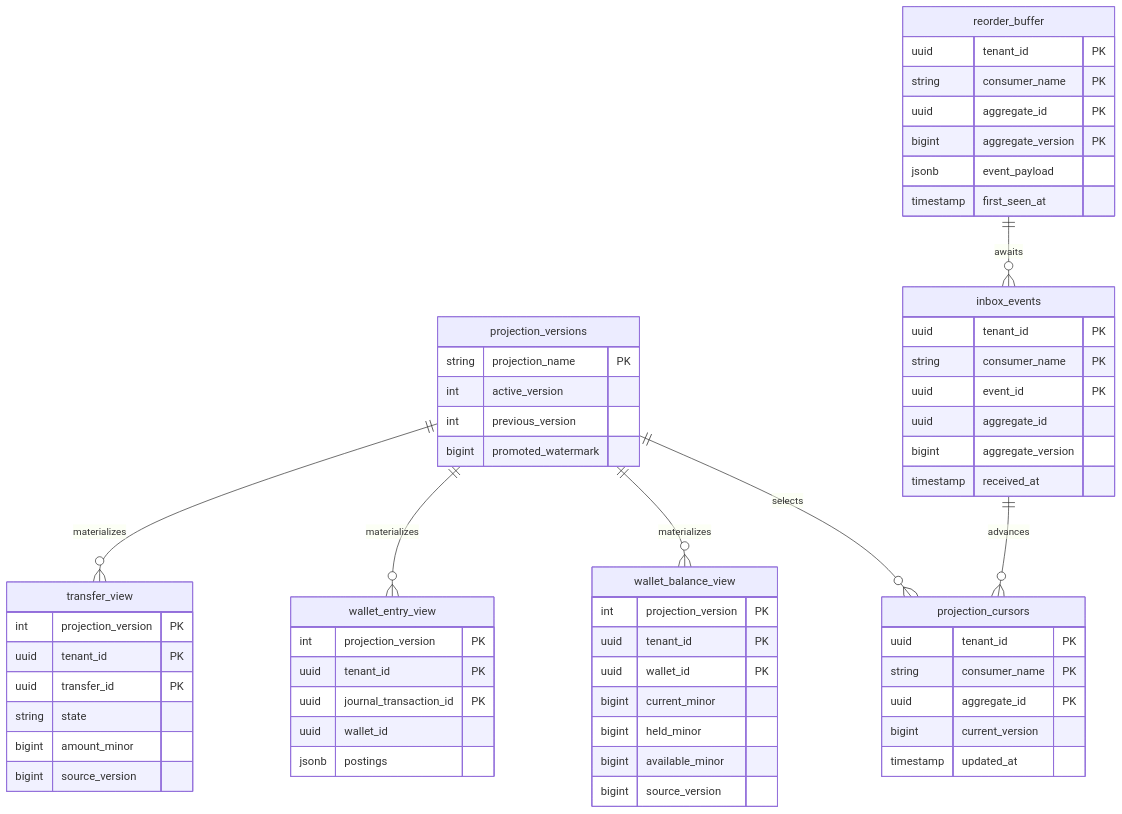
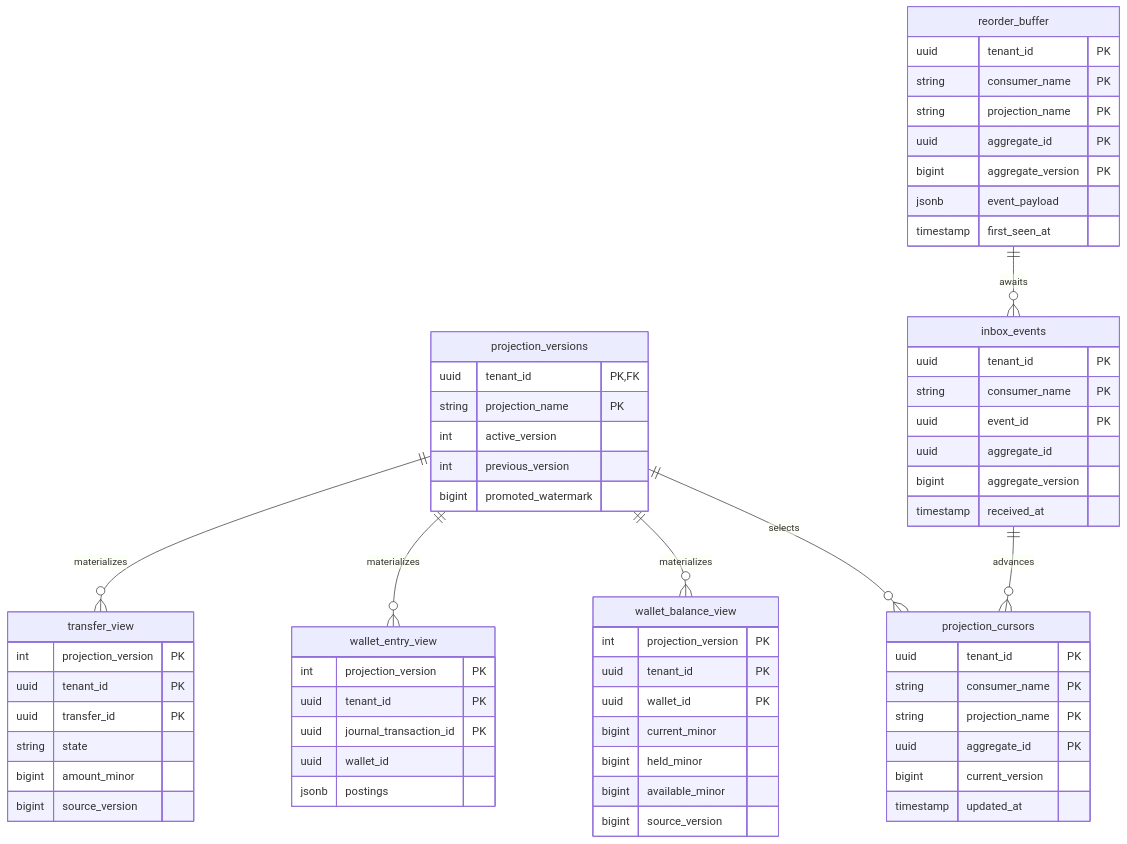
One commit to prajexec/Wallet changed the third of 3 diagrams in docs/data-model.md. Above: the diagram before and after it, drawn with Mermaid. The commit also changed other lines of this file and 7 other files, not shown here.

````diff
--- a/docs/data-model.md
+++ b/docs/data-model.md
@@ -150,63 +155,66 @@
 ```mermaid
 erDiagram
     projection_versions ||--o{ projection_cursors : selects
     projection_versions ||--o{ wallet_balance_view : materializes
     projection_versions ||--o{ wallet_entry_view : materializes
     projection_versions ||--o{ transfer_view : materializes
     inbox_events ||--o{ projection_cursors : advances
     reorder_buffer ||--o{ inbox_events : awaits
 
     projection_versions {
+        uuid tenant_id PK,FK
         string projection_name PK
         int active_version
         int previous_version
         bigint promoted_watermark
     }
     projection_cursors {
         uuid tenant_id PK
         string consumer_name PK
+        string projection_name PK
         uuid aggregate_id PK
         bigint current_version
         timestamp updated_at
     }
     inbox_events {
         uuid tenant_id PK
         string consumer_name PK
         uuid event_id PK
         uuid aggregate_id
         bigint aggregate_version
         timestamp received_at
     }
     reorder_buffer {
         uuid tenant_id PK
         string consumer_name PK
+        string projection_name PK
         uuid aggregate_id PK
         bigint aggregate_version PK
         jsonb event_payload
         timestamp first_seen_at
     }
     wallet_balance_view {
         int projection_version PK
         uuid tenant_id PK
         uuid wallet_id PK
         bigint current_minor
         bigint held_minor
         bigint available_minor
         bigint source_version
     }
     wallet_entry_view {
         int projection_version PK
         uuid tenant_id PK
         uuid journal_transaction_id PK
         uuid wallet_id
         jsonb postings
     }
     transfer_view {
         int projection_version PK
         uuid tenant_id PK
         uuid transfer_id PK
         string state
         bigint amount_minor
         bigint source_version
     }
 ```
````
